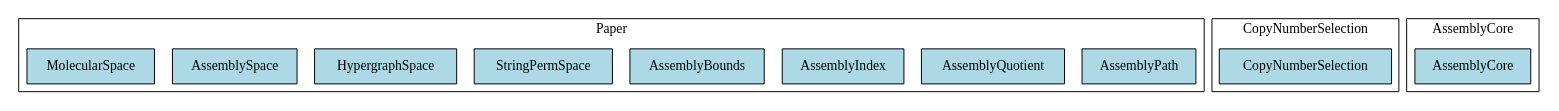
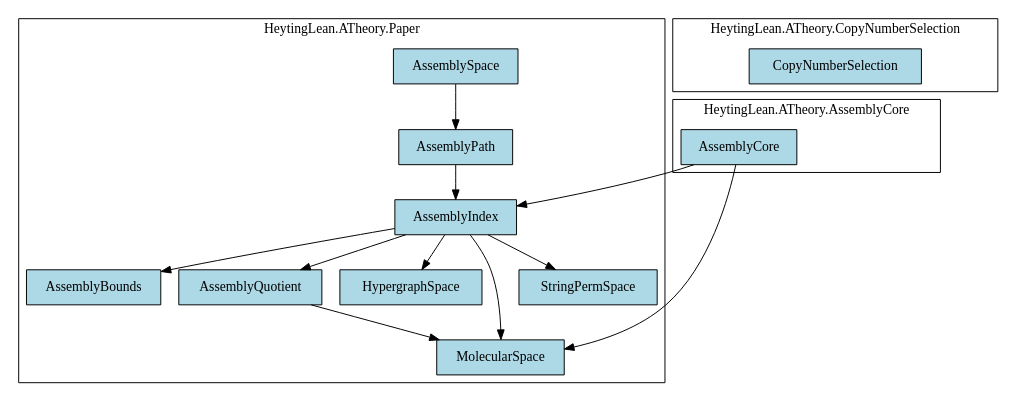
The diagram in RESEARCHER_BUNDLE/artifacts/visuals/dependency_graph.dot (Abraxas1010/assembly-theory-lean), drawn with Graphviz before and after one commit. The commit also changed 8 other files, not shown here.

```diff
--- a/RESEARCHER_BUNDLE/artifacts/visuals/dependency_graph.dot
+++ b/RESEARCHER_BUNDLE/artifacts/visuals/dependency_graph.dot
@@ -1,23 +1,33 @@
 digraph AssemblyTheory {
   rankdir=TB;
   node [shape=box, style=filled, fillcolor=lightblue];
-  subgraph cluster_Paper {
-    label="Paper";
-    "Paper.AssemblyPath" [label="AssemblyPath"];
-    "Paper.AssemblyQuotient" [label="AssemblyQuotient"];
-    "Paper.AssemblyIndex" [label="AssemblyIndex"];
-    "Paper.AssemblyBounds" [label="AssemblyBounds"];
-    "Paper.StringPermSpace" [label="StringPermSpace"];
-    "Paper.HypergraphSpace" [label="HypergraphSpace"];
-    "Paper.AssemblySpace" [label="AssemblySpace"];
-    "Paper.MolecularSpace" [label="MolecularSpace"];
+  subgraph cluster_HeytingLean_ATheory_AssemblyCore {
+    label="HeytingLean.ATheory.AssemblyCore";
+    "HeytingLean.ATheory.AssemblyCore" [label="AssemblyCore"];
   }
-  subgraph cluster_CopyNumberSelection {
-    label="CopyNumberSelection";
-    "CopyNumberSelection" [label="CopyNumberSelection"];
+  subgraph cluster_HeytingLean_ATheory_CopyNumberSelection {
+    label="HeytingLean.ATheory.CopyNumberSelection";
+    "HeytingLean.ATheory.CopyNumberSelection" [label="CopyNumberSelection"];
   }
-  subgraph cluster_AssemblyCore {
-    label="AssemblyCore";
-    "AssemblyCore" [label="AssemblyCore"];
+  subgraph cluster_HeytingLean_ATheory_Paper {
+    label="HeytingLean.ATheory.Paper";
+    "HeytingLean.ATheory.Paper.AssemblyBounds" [label="AssemblyBounds"];
+    "HeytingLean.ATheory.Paper.AssemblyIndex" [label="AssemblyIndex"];
+    "HeytingLean.ATheory.Paper.AssemblyPath" [label="AssemblyPath"];
+    "HeytingLean.ATheory.Paper.AssemblyQuotient" [label="AssemblyQuotient"];
+    "HeytingLean.ATheory.Paper.AssemblySpace" [label="AssemblySpace"];
+    "HeytingLean.ATheory.Paper.HypergraphSpace" [label="HypergraphSpace"];
+    "HeytingLean.ATheory.Paper.MolecularSpace" [label="MolecularSpace"];
+    "HeytingLean.ATheory.Paper.StringPermSpace" [label="StringPermSpace"];
   }
+  "HeytingLean.ATheory.Paper.AssemblyIndex" -> "HeytingLean.ATheory.Paper.HypergraphSpace";
+  "HeytingLean.ATheory.Paper.AssemblyIndex" -> "HeytingLean.ATheory.Paper.AssemblyBounds";
+  "HeytingLean.ATheory.AssemblyCore" -> "HeytingLean.ATheory.Paper.MolecularSpace";
+  "HeytingLean.ATheory.Paper.AssemblyIndex" -> "HeytingLean.ATheory.Paper.MolecularSpace";
+  "HeytingLean.ATheory.Paper.AssemblyQuotient" -> "HeytingLean.ATheory.Paper.MolecularSpace";
+  "HeytingLean.ATheory.Paper.AssemblyPath" -> "HeytingLean.ATheory.Paper.AssemblyIndex";
+  "HeytingLean.ATheory.AssemblyCore" -> "HeytingLean.ATheory.Paper.AssemblyIndex";
+  "HeytingLean.ATheory.Paper.AssemblyIndex" -> "HeytingLean.ATheory.Paper.StringPermSpace";
+  "HeytingLean.ATheory.Paper.AssemblyIndex" -> "HeytingLean.ATheory.Paper.AssemblyQuotient";
+  "HeytingLean.ATheory.Paper.AssemblySpace" -> "HeytingLean.ATheory.Paper.AssemblyPath";
 }
```
